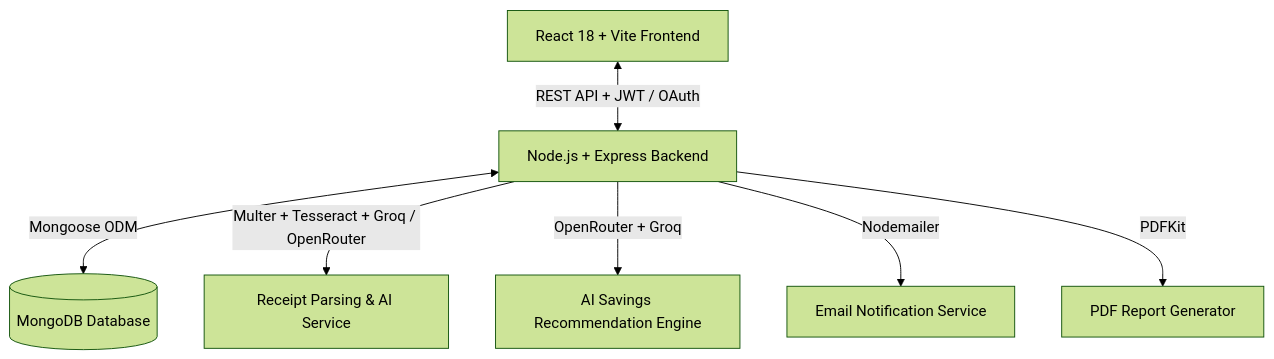
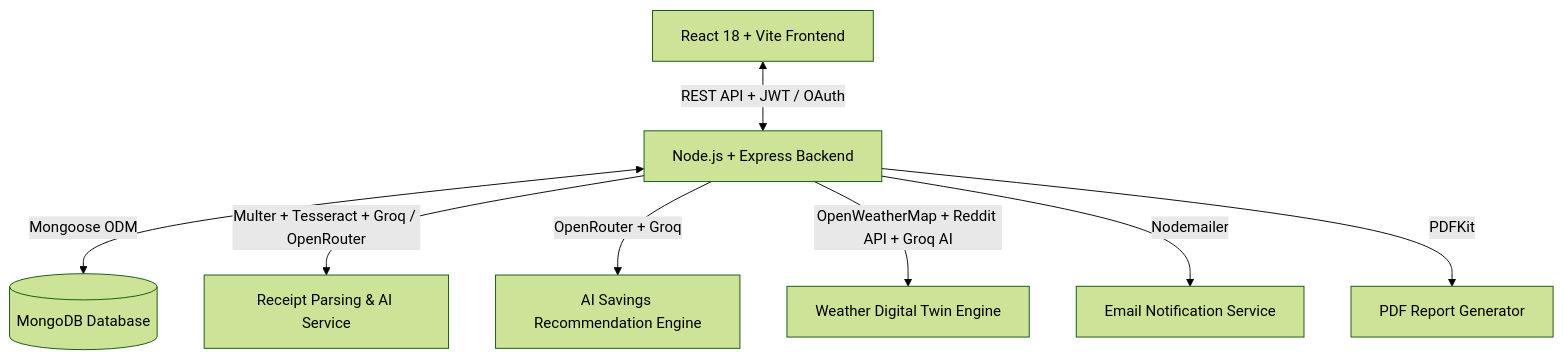
Before and after one commit to Rushikesh678/nexustrip: the fourth of 4 diagrams in README.md, drawn with Mermaid (forest theme). The commit also changed other lines of this file and 29 other files, not shown here.

Commit message:
feat: add full-stack digital twin architecture with backend services and interactive frontend dashboard components

````diff
--- a/README.md
+++ b/README.md
@@ -199,9 +249,10 @@
 ```mermaid
 flowchart TD
     Client[React 18 + Vite Frontend] <-->|REST API + JWT / OAuth| Server[Node.js + Express Backend]
     Server <-->|Mongoose ODM| DB[(MongoDB Database)]
     Server -->|Multer + Tesseract + Groq / OpenRouter| OCR[Receipt Parsing & AI Service]
     Server -->|OpenRouter + Groq| Savings[AI Savings Recommendation Engine]
+    Server -->|OpenWeatherMap + Reddit API + Groq AI| Twin[Weather Digital Twin Engine]
     Server -->|Nodemailer| Mailer[Email Notification Service]
     Server -->|PDFKit| Reports[PDF Report Generator]
 ```
````
